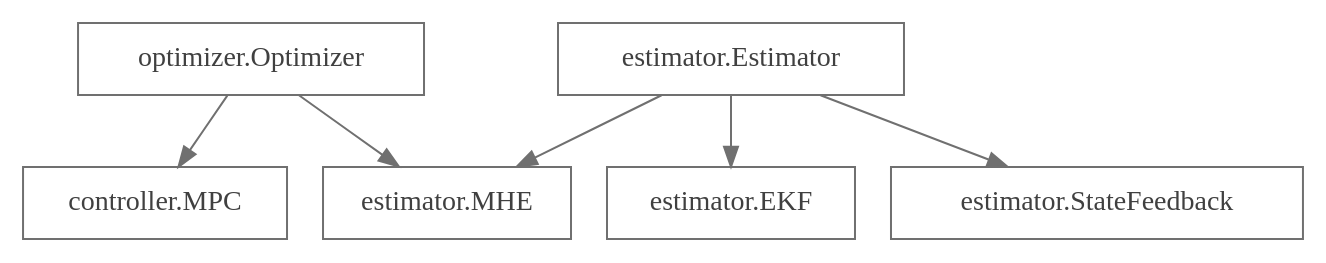
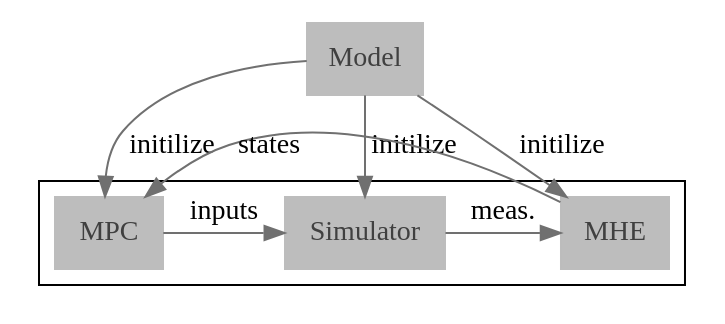
One commit to do-mpc/do-mpc changed the diagram in documentation/source/do_mpc.rst. Above: the diagram before and after it, drawn with Graphviz. The commit also changed other lines of this file, not shown here.

Commit message:
Update API Reference main page

```diff
--- a/documentation/source/do_mpc.rst
+++ b/documentation/source/do_mpc.rst
@@ -8,20 +11,29 @@
 .. graphviz::
-    :name: class_inheritance
-    :caption: Class inheritance. Click on classes for more information.
+    :name: control_loop
+    :caption: **do-mpc** control loop with respective classes.
     :align: center
 
     digraph G {
-        graph [fontname = "Consolas"];
-        node [fontname = "Consolas", shape=box, fontcolor="#404040", color="#707070"];
-        edge [fontname = "Consolas", color="#707070"];
+        graph [fontname = "Monaco"];
+        node [fontname = "Monaco", fontcolor="#404040", color="#bdbdbd"];
+        edge [fontname = "Monaco", color="#707070"];
 
-        optimizer [label="optimizer.Optimizer", href="../api/do_mpc.optimizer.Optimizer.html#optimizer", target="_top"];
-        MPC [label="controller.MPC", href="../api/do_mpc.controller.MPC.html#mpc", target="_top"];
-        MHE [label="estimator.MHE", href="../api/do_mpc.estimator.MHE.html#mhe", target="_top"];
-        Estimator [label="estimator.Estimator", href="../api/do_mpc.estimator.Estimator.html#do_mpc.estimator.Estimator", target="_top"];
-        EKF [label="estimator.EKF", href="../api/do_mpc.estimator.EKF.html#ekf", target="_top"];
-        StateFeedback [label="estimator.StateFeedback", href="../api/do_mpc.estimator.StateFeedback.html#statefeedback", target="_top"];
+        Model [label="Model", href="../api/do_mpc.model.Model.html#model", target="_top", shape=box, style=filled]
+        MPC [href="../api/do_mpc.controller.MPC.html#mpc", target="_top", shape=box, style=filled]
+        Simulator [href="../api/do_mpc.simulator.Simulator.html#simulator", target="_top", shape=box, style=filled]
+        MHE [href="../api/do_mpc.estimator.MHE.html#mhe", target="_top", shape=box, style=filled]
 
-        optimizer -> MPC, MHE;
-        Estimator -> EKF, StateFeedback, MHE;
+        Model -> MPC [label="initilize"];
+        Model -> Simulator [label="initilize"];
+        Model -> MHE [label="initilize"];
+
+        Model [shape=box, style=filled]
+
+        subgraph cluster_loop {{
+            rankdir=TB;
+            rank=same;
+            MPC -> Simulator [label="inputs"];
+            Simulator -> MHE [label="meas."];
+            MHE -> MPC [label="states"];
+        }}
     }
```
